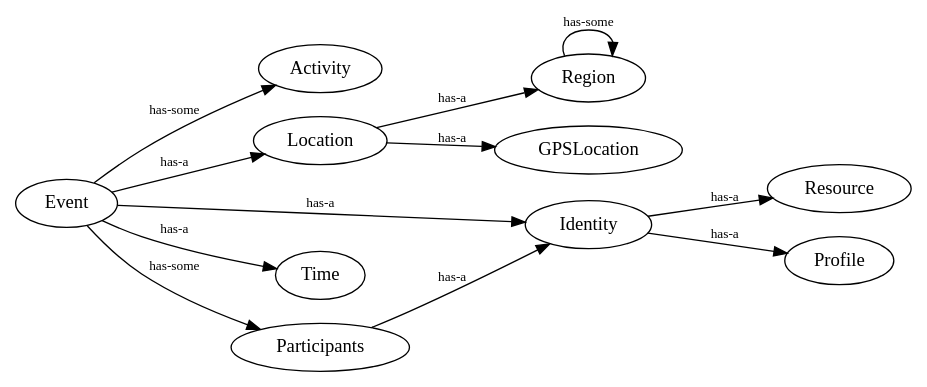
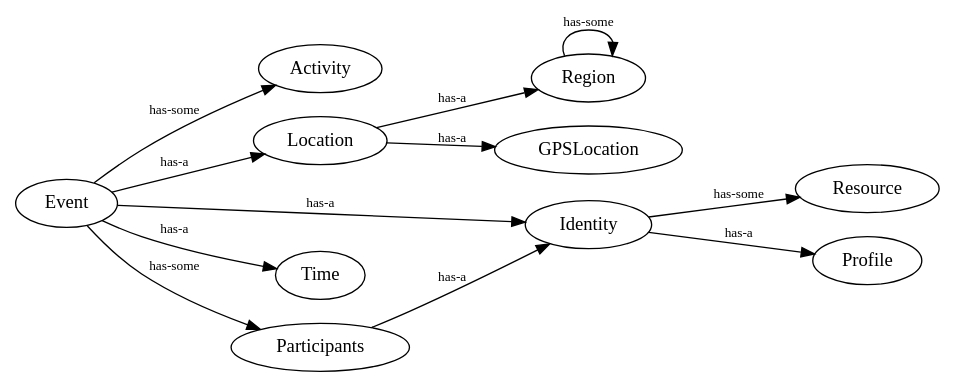
The diagram in academia/dissertacao/graficos/ont_trilha.dot (andrenho/andrenho), drawn with Graphviz before and after one commit. The commit also changed 6 other files, not shown here.

```diff
--- a/academia/dissertacao/graficos/ont_trilha.dot
+++ b/academia/dissertacao/graficos/ont_trilha.dot
@@ -1,17 +1,17 @@
 digraph OntologiaTrilhas {
 
   Event -> Activity [label="has-some",fontsize=10];
   Event -> Location [label="has-a",fontsize=10];
   Event -> Identity [label="has-a",fontsize=10];
   Event -> Time [label="has-a",fontsize=10];
   Event -> Participants [label="has-some",fontsize=10];
 
   Location -> Region [label="has-a",fontsize=10];
   Location -> GPSLocation [label="has-a",fontsize=10];
   Participants -> Identity [label="has-a",fontsize=10];
-  Identity -> Resource [label="has-a",fontsize=10];
+  Identity -> Resource [label="has-some",fontsize=10];
   Identity -> Profile [label="has-a",fontsize=10];
   Region -> Region [label="has-some",fontsize=10];
 
   rankdir=LR;
 }
```
